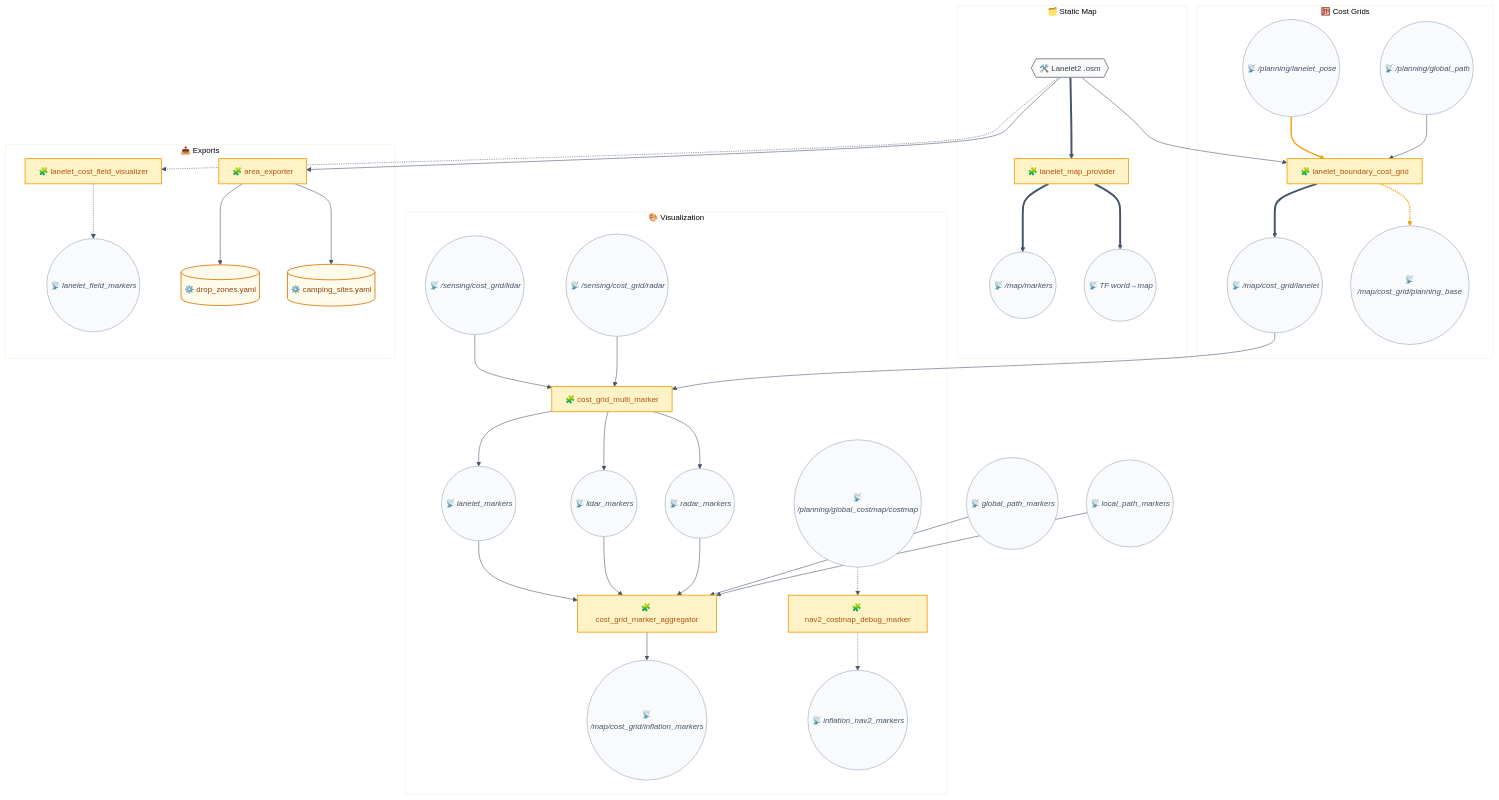
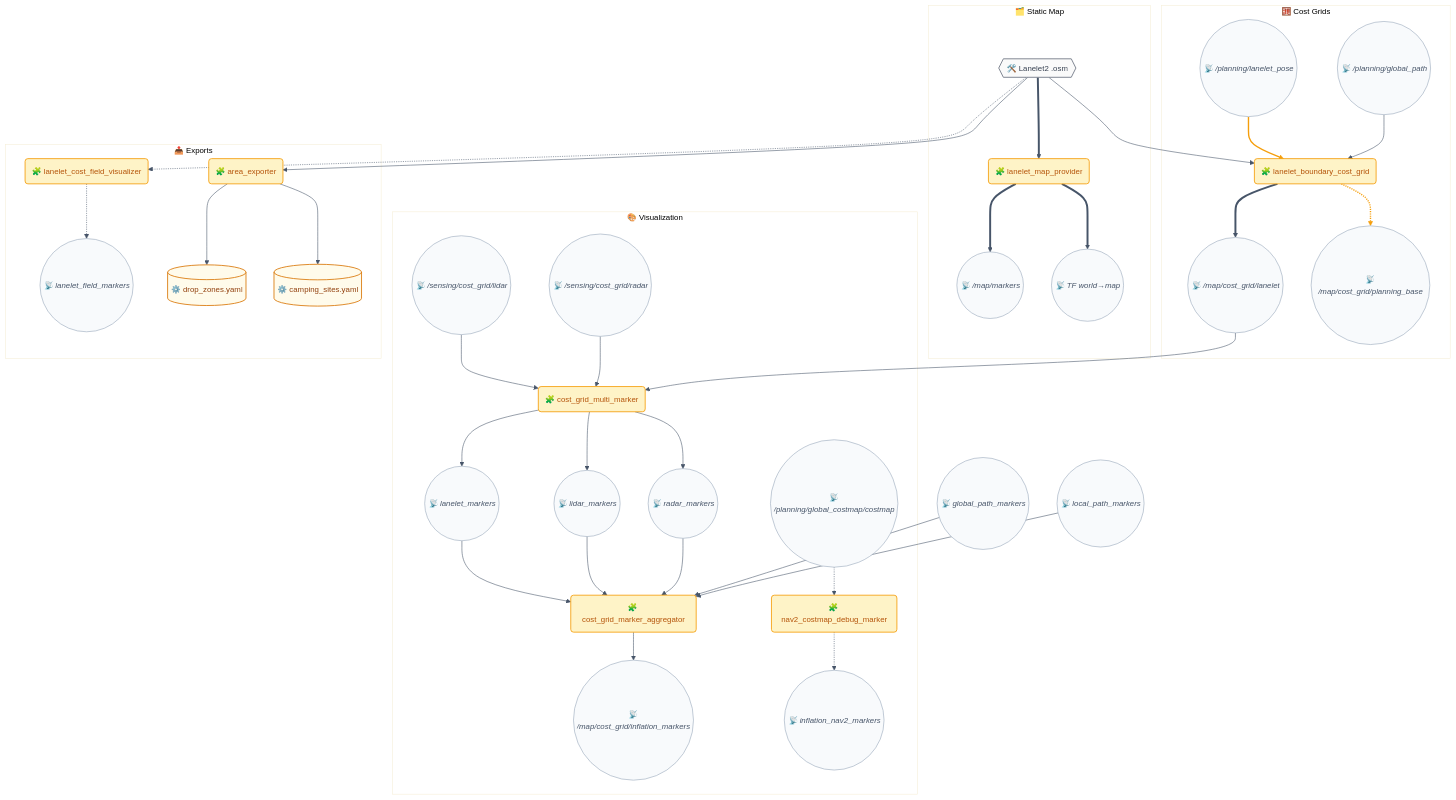
Before and after one commit to hwanhonglee/CAMROD: the second of 3 diagrams in camrod_map/README.md, drawn with Mermaid. The commit also changed other lines of this file and 12 other files, not shown here.

First line of the commit message:
docs(v4): unified Mermaid shape convention + runtime data flow diagram

```diff
--- a/camrod_map/README.md
+++ b/camrod_map/README.md
@@ -110,7 +110,7 @@
 
   subgraph STATIC["🗂️ Static Map"]
     OSM{{🛠️ Lanelet2 .osm}}:::hardware
-    LMAP[🧩 lanelet_map_provider]:::mapping
+    LMAP(🧩 lanelet_map_provider):::mapping
     MVIS((📡 /map/markers)):::topic
     TF((📡 TF world→map)):::topic
     OSM ==> LMAP
@@ -119,7 +119,7 @@
   end
 
   subgraph GRID["🧮 Cost Grids"]
-    LGRID[🧩 lanelet_boundary_cost_grid]:::mapping
+    LGRID(🧩 lanelet_boundary_cost_grid):::mapping
     POSE((📡 /planning/lanelet_pose)):::topic
     GPATH((📡 /planning/global_path)):::topic
     LCOST((📡 /map/cost_grid/lanelet)):::topic
@@ -131,16 +131,16 @@
   end
 
   subgraph VIZ["🎨 Visualization"]
-    MCFM[🧩 cost_grid_multi_marker]:::mapping
+    MCFM(🧩 cost_grid_multi_marker):::mapping
     LIDAR((📡 /sensing/cost_grid/lidar)):::topic
     RADAR((📡 /sensing/cost_grid/radar)):::topic
     LMRK((📡 lanelet_markers)):::topic
     LIMRK((📡 lidar_markers)):::topic
     RMRK((📡 radar_markers)):::topic
-    AGG[🧩 cost_grid_marker_aggregator]:::mapping
+    AGG(🧩 cost_grid_marker_aggregator):::mapping
     CONTRIB((📡 /map/cost_grid/inflation_markers)):::topic
     INFGRID((📡 /planning/global_costmap/costmap)):::topic
-    CFMRK[🧩 nav2_costmap_debug_marker]:::mapping
+    CFMRK(🧩 nav2_costmap_debug_marker):::mapping
     INFLMRK((📡 inflation_nav2_markers)):::topic
     LIDAR --> MCFM
     RADAR --> MCFM
@@ -156,9 +156,9 @@
   end
 
   subgraph EXPORT["📤 Exports"]
-    CFN[🧩 lanelet_cost_field_visualizer]:::mapping
+    CFN(🧩 lanelet_cost_field_visualizer):::mapping
     CFIELD((📡 lanelet_field_markers)):::topic
-    AEX[🧩 area_exporter]:::mapping
+    AEX(🧩 area_exporter):::mapping
     DZ[(⚙️ drop_zones.yaml)]:::config
     CS[(⚙️ camping_sites.yaml)]:::config
     CFN -.-> CFIELD
```
